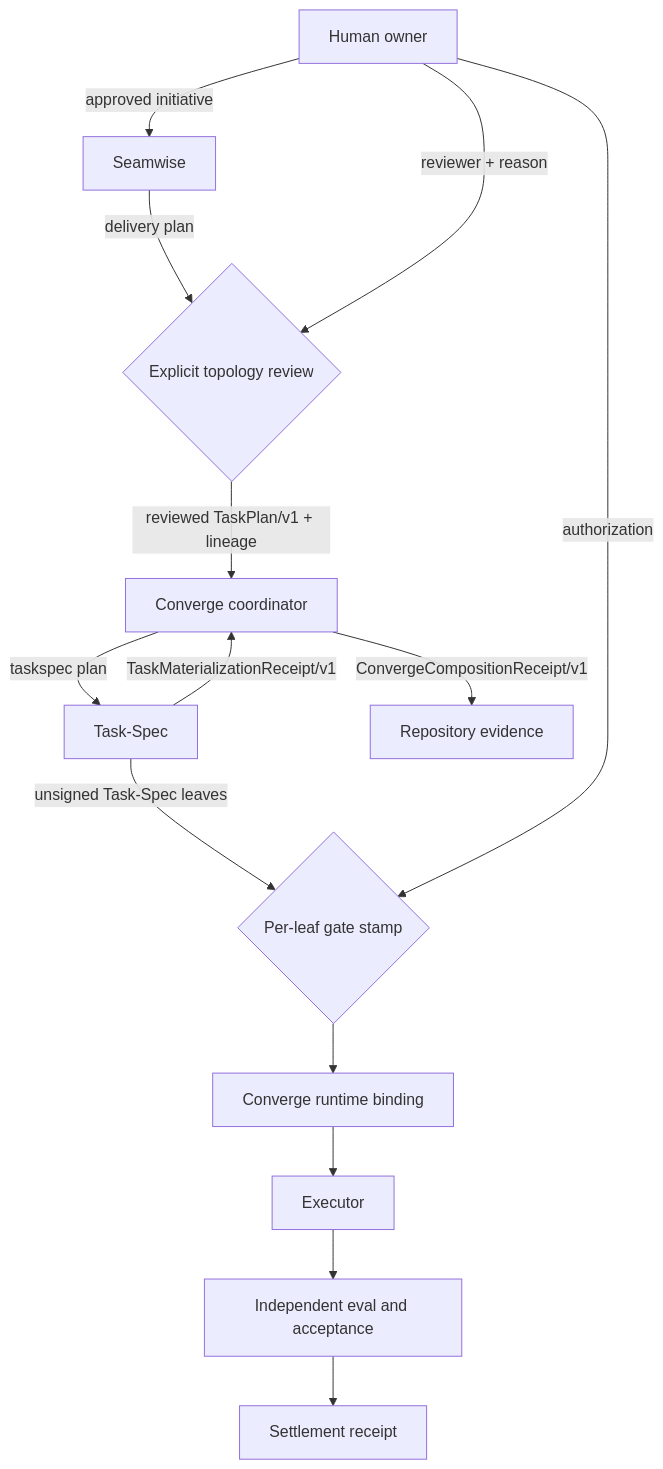
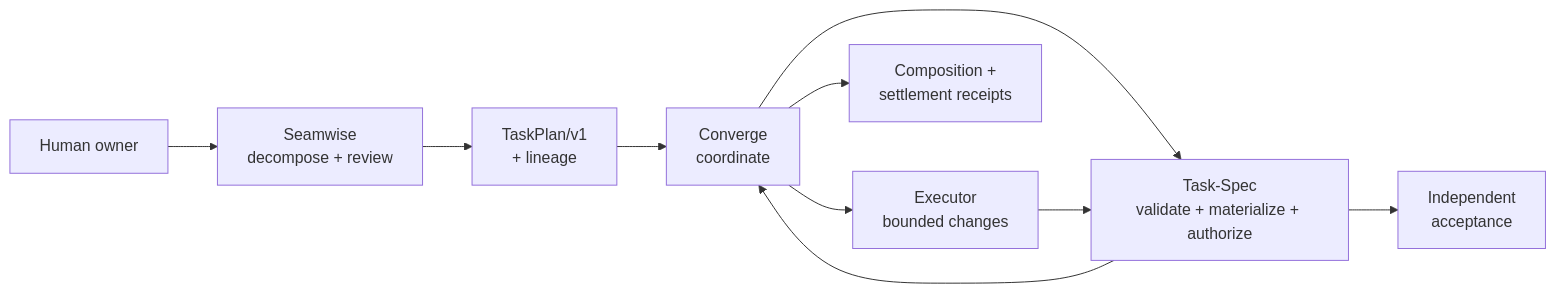
The first of 2 diagrams in docs/architecture.md (cb2204/converge), drawn with Mermaid before and after one commit. The commit also changed other lines of this file and 56 other files, not shown here.

````diff
--- a/docs/architecture.md
+++ b/docs/architecture.md
@@ -12,16 +12,12 @@
 ```mermaid
-flowchart TB
-    H["Human owner"] -->|"approved initiative"| S["Seamwise"]
-    S -->|"delivery plan"| R{"Explicit topology review"}
-    H -->|"reviewer + reason"| R
-    R -->|"reviewed TaskPlan/v1 + lineage"| C["Converge coordinator"]
-    C -->|"taskspec plan"| T["Task-Spec"]
-    T -->|"TaskMaterializationReceipt/v1"| C
-    C -->|"ConvergeCompositionReceipt/v1"| E["Repository evidence"]
-    T -->|"unsigned Task-Spec leaves"| A{"Per-leaf gate stamp"}
-    H -->|"authorization"| A
-    A --> B["Converge runtime binding"]
-    B --> X["Executor"]
-    X --> V["Independent eval and acceptance"]
-    V --> Q["Settlement receipt"]
+flowchart LR
+    H["Human owner"] --> S["Seamwise<br/>decompose + review"]
+    S --> P["TaskPlan/v1<br/>+ lineage"]
+    P --> C["Converge<br/>coordinate"]
+    C --> T["Task-Spec<br/>validate + materialize + authorize"]
+    T --> C
+    C --> X["Executor<br/>bounded changes"]
+    X --> T
+    T --> A["Independent<br/>acceptance"]
+    C --> R["Composition +<br/>settlement receipts"]
 ```
````
